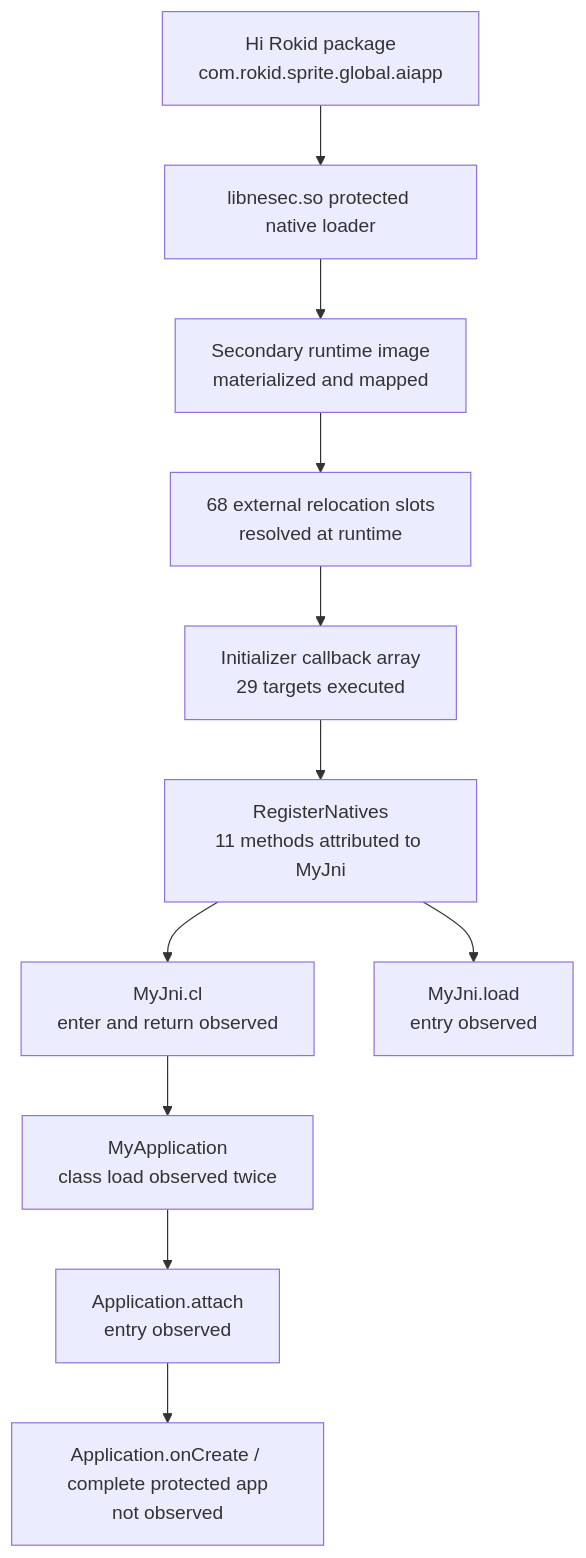
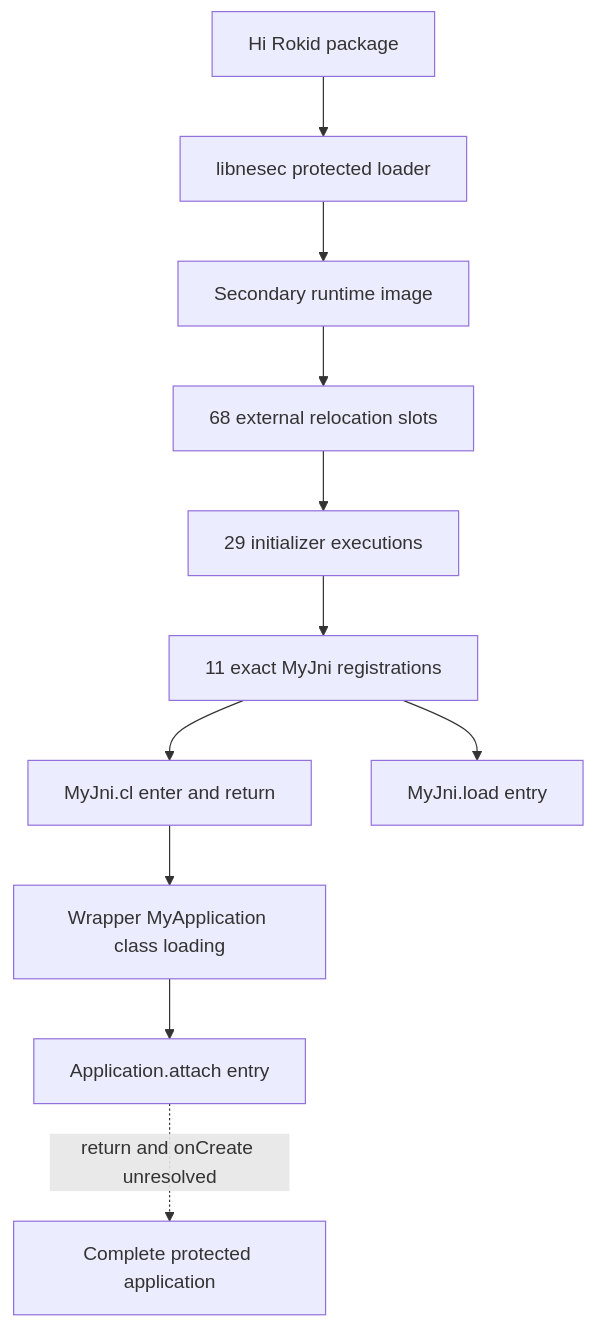
One commit to aimindseye/rokid-ai-glasses changed the second of 6 diagrams in docs/architecture/non-display-system-architecture.md. Above: the diagram before and after it, drawn with Mermaid. The commit also changed other lines of this file and 38 other files, not shown here.

````diff
--- a/docs/architecture/non-display-system-architecture.md
+++ b/docs/architecture/non-display-system-architecture.md
@@ -261,18 +261,13 @@
 ```mermaid
 flowchart TD
-    APK["Hi Rokid package\ncom.rokid.sprite.global.aiapp"]
-    NATIVE["libnesec.so protected native loader"]
-    IMAGE["Secondary runtime image\nmaterialized and mapped"]
-    RELOC["68 external relocation slots\nresolved at runtime"]
-    INIT["Initializer callback array\n29 targets executed"]
-    JNI["RegisterNatives\n11 methods attributed to MyJni"]
-    CL["MyJni.cl\nenter and return observed"]
-    LOAD["MyJni.load\nentry observed"]
-    APPCLASS["MyApplication\nclass load observed twice"]
-    ATTACH["Application.attach\nentry observed"]
-    NEXT["Application.onCreate / complete protected app\nnot observed"]
-
-    APK --> NATIVE --> IMAGE --> RELOC --> INIT --> JNI
-    JNI --> CL --> APPCLASS --> ATTACH --> NEXT
-    JNI --> LOAD
+    APK[Hi Rokid package] --> N[libnesec protected loader]
+    N --> I[Secondary runtime image]
+    I --> R[68 external relocation slots]
+    R --> C[29 initializer executions]
+    C --> J[11 exact MyJni registrations]
+    J --> CL[MyJni.cl enter and return]
+    J --> L[MyJni.load entry]
+    CL --> A[Wrapper MyApplication class loading]
+    A --> AT[Application.attach entry]
+    AT -. return and onCreate unresolved .-> U[Complete protected application]
 ```
````
